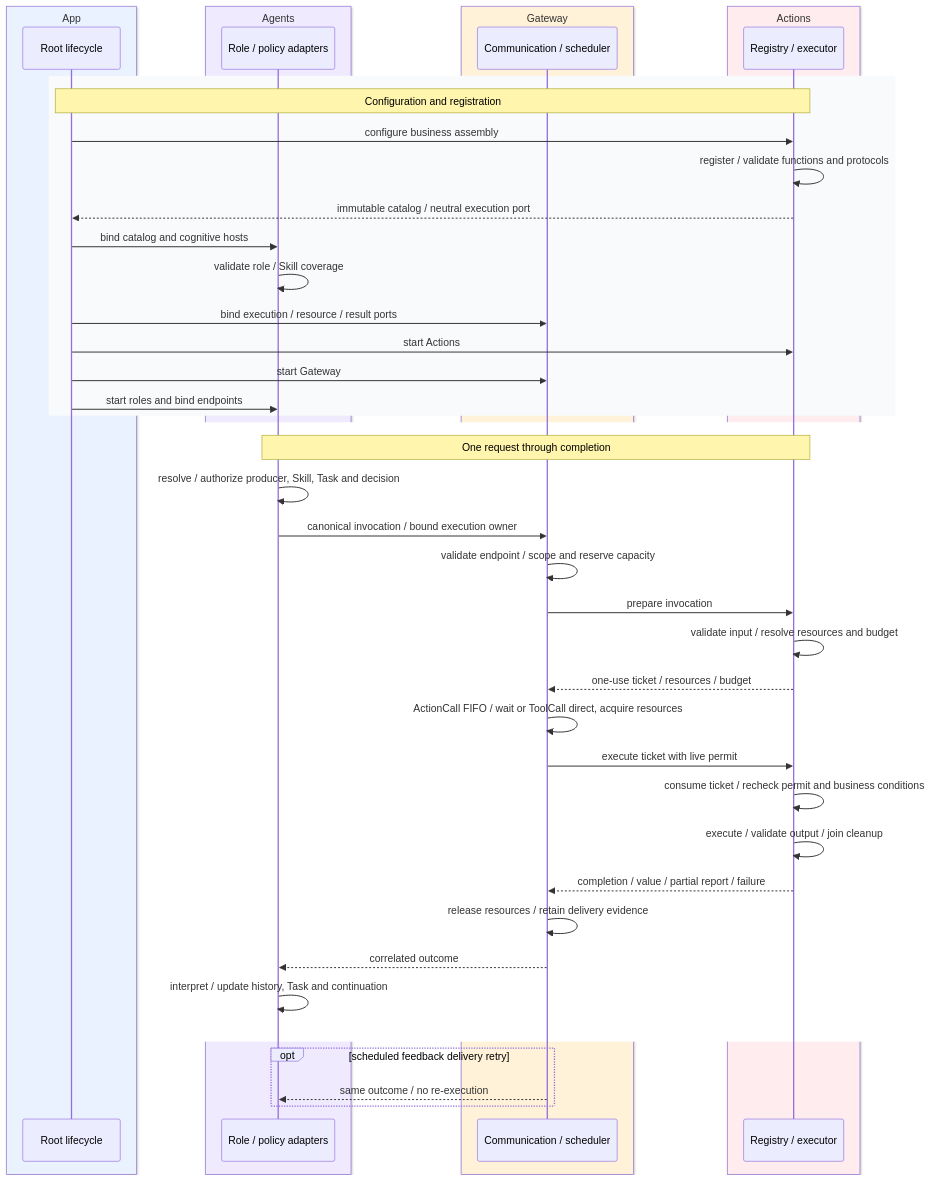
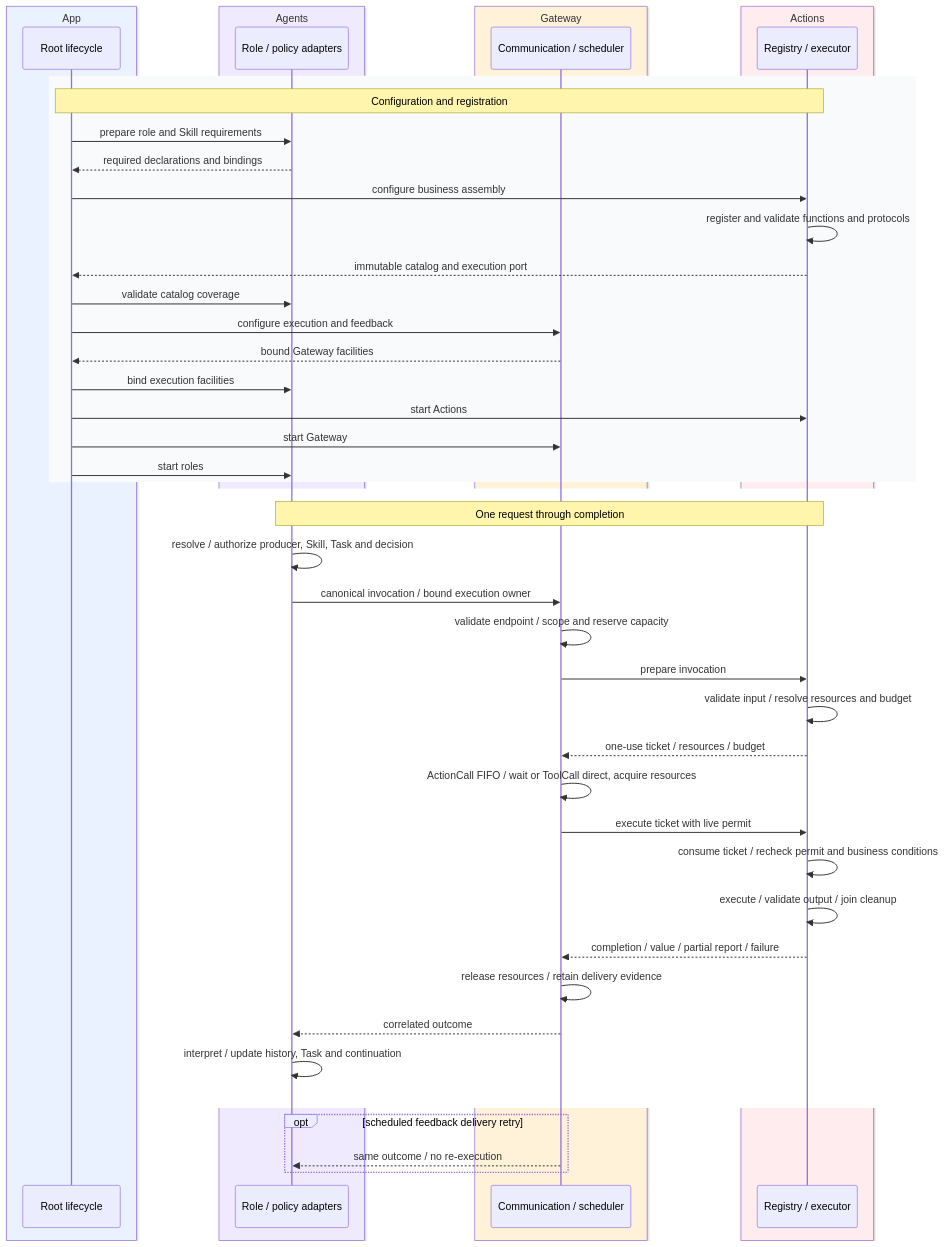
Before and after one commit to devilyouwei/MobileHarness: diagram 12 of 27 in MobileHarness/README.md, drawn with Mermaid. The commit also changed other lines of this file and 115 other files, not shown here.

````diff
--- a/MobileHarness/README.md
+++ b/MobileHarness/README.md
@@ -751,47 +753,50 @@
 ```mermaid
 sequenceDiagram
     box rgb(234,242,255) App
         participant App as Root lifecycle
     end
     box rgb(240,234,255) Agents
         participant A as Role / policy adapters
     end
     box rgb(255,242,217) Gateway
         participant G as Communication / scheduler
     end
     box rgb(255,236,239) Actions
         participant X as Registry / executor
     end
     rect rgb(248,250,252)
         Note over App,X: Configuration and registration
+        App->>A: prepare role and Skill requirements
+        A-->>App: required declarations and bindings
         App->>X: configure business assembly
-        X->>X: register / validate functions and protocols
-        X-->>App: immutable catalog / neutral execution port
-        App->>A: bind catalog and cognitive hosts
-        A->>A: validate role / Skill coverage
-        App->>G: bind execution / resource / result ports
+        X->>X: register and validate functions and protocols
+        X-->>App: immutable catalog and execution port
+        App->>A: validate catalog coverage
+        App->>G: configure execution and feedback
+        G-->>App: bound Gateway facilities
+        App->>A: bind execution facilities
         App->>X: start Actions
         App->>G: start Gateway
-        App->>A: start roles and bind endpoints
+        App->>A: start roles
     end
     rect rgb(255,255,255)
         Note over A,X: One request through completion
         A->>A: resolve / authorize producer, Skill, Task and decision
         A->>G: canonical invocation / bound execution owner
         G->>G: validate endpoint / scope and reserve capacity
         G->>X: prepare invocation
         X->>X: validate input / resolve resources and budget
         X-->>G: one-use ticket / resources / budget
         G->>G: ActionCall FIFO / wait or ToolCall direct, acquire resources
         G->>X: execute ticket with live permit
         X->>X: consume ticket / recheck permit and business conditions
         X->>X: execute / validate output / join cleanup
         X-->>G: completion / value / partial report / failure
         G->>G: release resources / retain delivery evidence
         G-->>A: correlated outcome
         A->>A: interpret / update history, Task and continuation
     end
     opt scheduled feedback delivery retry
         G-->>A: same outcome / no re-execution
     end
 ```
````
